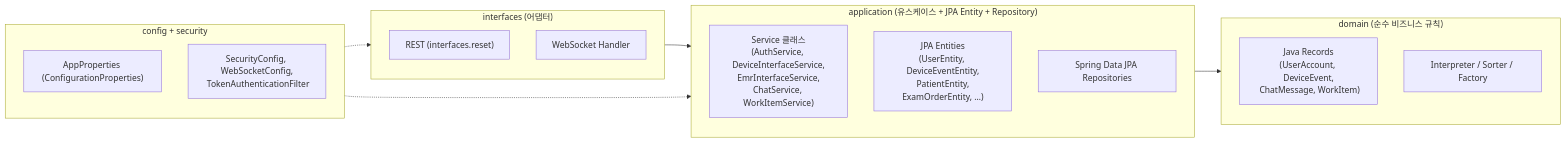
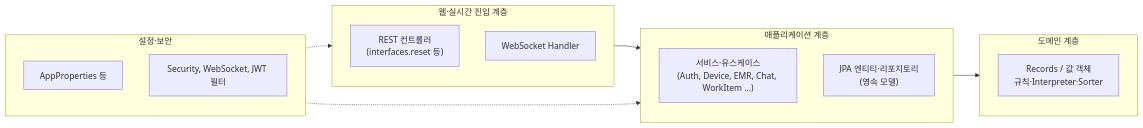
Before and after one commit to skyleedevzero86/carebridge-platform: the second of 8 diagrams in README.md, drawn with Mermaid. The commit also changed other lines of this file and 69 other files, not shown here.

First line of the commit message:
refactor: separate EMR interface ports and adapters

````diff
--- a/README.md
+++ b/README.md
@@ -204,27 +273,25 @@
 ```mermaid
 graph LR
-    subgraph interfaces["interfaces (어댑터)"]
-        REST_C["REST (interfaces.reset)"]
+    subgraph inbound["웹·실시간 진입 계층"]
+        REST_C["REST 컨트롤러\n(interfaces.reset 등)"]
         WS_H["WebSocket Handler"]
     end
 
-    subgraph application["application (유스케이스 + JPA Entity + Repository)"]
-        SVC["Service 클래스\n(AuthService, DeviceInterfaceService,\n EmrInterfaceService, ChatService, WorkItemService)"]
-        ENT["JPA Entities\n(UserEntity, DeviceEventEntity,\n PatientEntity, ExamOrderEntity, …)"]
-        REPO["Spring Data JPA Repositories"]
+    subgraph application["애플리케이션 계층"]
+        SVC["서비스·유스케이스\n(Auth, Device, EMR, Chat, WorkItem …)"]
+        ENT["JPA 엔티티·리포지토리\n(영속 모델)"]
     end
 
-    subgraph domain["domain (순수 비즈니스 규칙)"]
-        REC["Java Records\n(UserAccount, DeviceEvent,\n ChatMessage, WorkItem)"]
-        INTERP["Interpreter / Sorter / Factory"]
+    subgraph domain["도메인 계층"]
+        REC["Records / 값 객체\n규칙·Interpreter·Sorter"]
     end
 
-    subgraph config["config + security"]
-        CFG["AppProperties (ConfigurationProperties)"]
-        SEC["SecurityConfig, WebSocketConfig,\n TokenAuthenticationFilter"]
+    subgraph config["설정·보안"]
+        CFG["AppProperties 등"]
+        SEC["Security, WebSocket, JWT 필터"]
     end
 
-    interfaces --> application
+    inbound --> application
     application --> domain
-    config -.-> application & interfaces
+    config -.-> application & inbound
 ```
````
